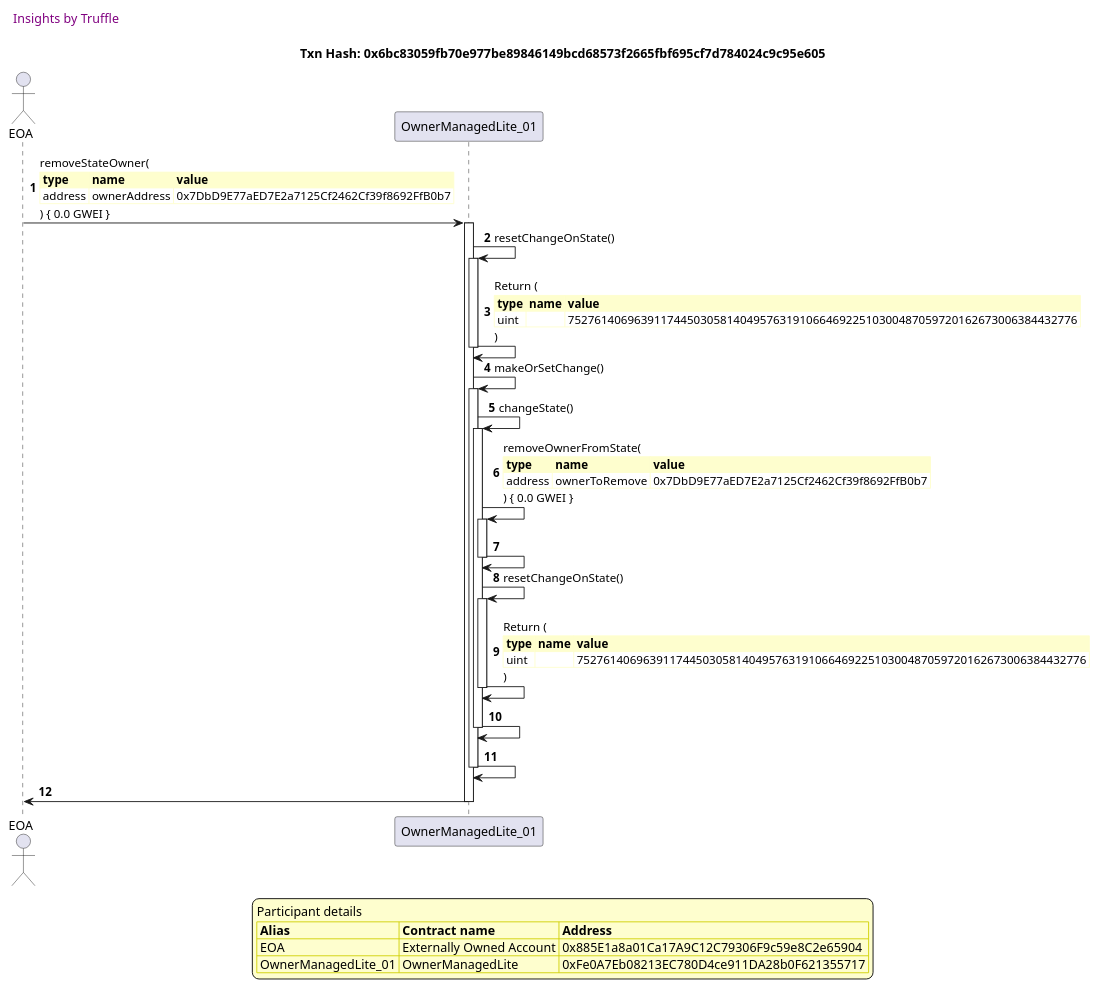
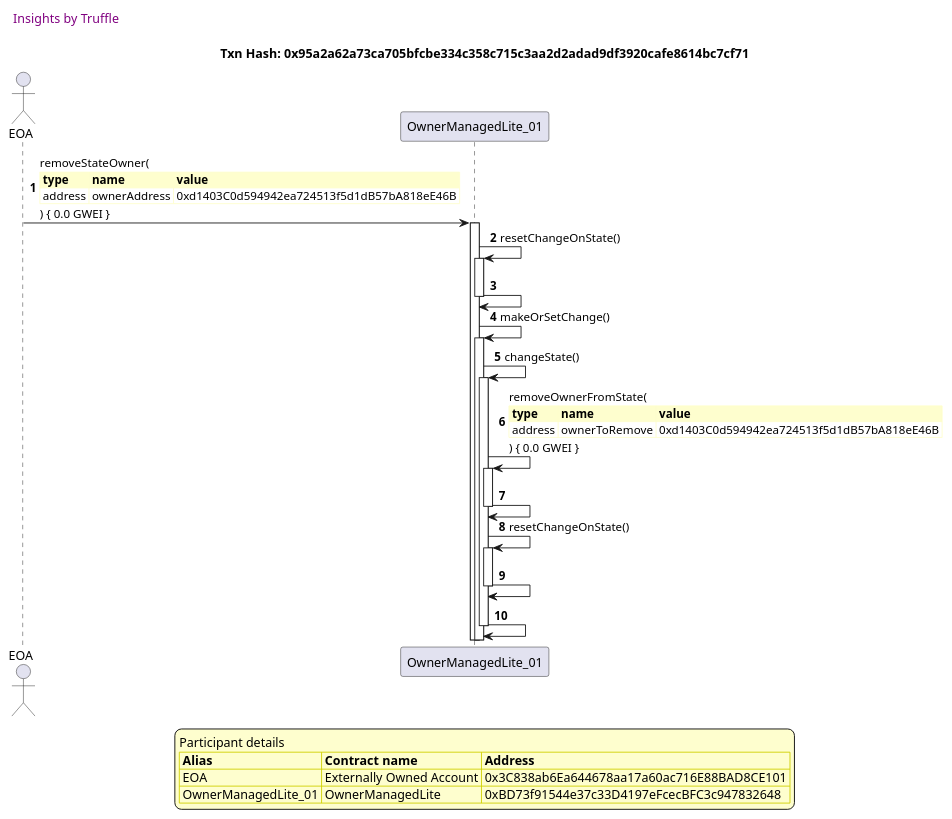
Before and after one commit to thedarkjester/ConsensysAssignment: diagram 16 of 49 in truffle-seq/OwnerManagedLite_test_remove_owner.md, drawn with PlantUML. The commit also changed other lines of this file and 13 other files, not shown here.

````diff
--- a/truffle-seq/OwnerManagedLite_test_remove_owner.md
+++ b/truffle-seq/OwnerManagedLite_test_remove_owner.md
@@ -737,59 +729,51 @@
 ```plantuml
 
 
 @startuml
 
 autonumber
 skinparam legendBackgroundColor #FEFECE
 
 <style>
       header {
         HorizontalAlignment left
         FontColor purple
         FontSize 14
         Padding 10
       }
     </style>
 
 header Insights by Truffle
 
-title Txn Hash: 0x6bc83059fb70e977be89846149bcd68573f2665fbf695cf7d784024c9c95e605
+title Txn Hash: 0x95a2a62a73ca705bfcbe334c358c715c3aa2d2adad9df3920cafe8614bc7cf71
 
 
 actor EOA as "EOA"
 participant OwnerManagedLite_01 as "OwnerManagedLite_01"
 
 "EOA" -> "OwnerManagedLite_01" ++: removeStateOwner(\n\
 <#FEFECE,#FEFECE>|= type |= name |= value |\n\
-| address | ownerAddress | 0x7DbD9E77aED7E2a7125Cf2462Cf39f8692FfB0b7 |\n\
+| address | ownerAddress | 0xd1403C0d594942ea724513f5d1dB57bA818eE46B |\n\
 ) { 0.0 GWEI }
 "OwnerManagedLite_01" -> "OwnerManagedLite_01" ++: resetChangeOnState()
-"OwnerManagedLite_01" -> "OwnerManagedLite_01" --: Return (\n\
-<#FEFECE,#FEFECE>|= type |= name |= value |\n\
-| uint |  | 75276140696391174450305814049576319106646922510300487059720162673006384432776 |\n\
-)
+"OwnerManagedLite_01" -> "OwnerManagedLite_01" --: 
 "OwnerManagedLite_01" -> "OwnerManagedLite_01" ++: makeOrSetChange()
 "OwnerManagedLite_01" -> "OwnerManagedLite_01" ++: changeState()
 "OwnerManagedLite_01" -> "OwnerManagedLite_01" ++: removeOwnerFromState(\n\
 <#FEFECE,#FEFECE>|= type |= name |= value |\n\
-| address | ownerToRemove | 0x7DbD9E77aED7E2a7125Cf2462Cf39f8692FfB0b7 |\n\
+| address | ownerToRemove | 0xd1403C0d594942ea724513f5d1dB57bA818eE46B |\n\
 ) { 0.0 GWEI }
 "OwnerManagedLite_01" -> "OwnerManagedLite_01" --: 
 "OwnerManagedLite_01" -> "OwnerManagedLite_01" ++: resetChangeOnState()
-"OwnerManagedLite_01" -> "OwnerManagedLite_01" --: Return (\n\
-<#FEFECE,#FEFECE>|= type |= name |= value |\n\
-| uint |  | 75276140696391174450305814049576319106646922510300487059720162673006384432776 |\n\
-)
 "OwnerManagedLite_01" -> "OwnerManagedLite_01" --: 
 "OwnerManagedLite_01" -> "OwnerManagedLite_01" --: 
-"OwnerManagedLite_01" -> "EOA" --: 
 
 legend
 Participant details
 <#FEFECE,#D0D000>|= Alias |= Contract name |= Address |
-<#FEFECE>| EOA | Externally Owned Account | 0x885E1a8a01Ca17A9C12C79306F9c59e8C2e65904 |
-<#FEFECE>| OwnerManagedLite_01 | OwnerManagedLite | 0xFe0A7Eb08213EC780D4ce911DA28b0F621355717 |
+<#FEFECE>| EOA | Externally Owned Account | 0x3C838ab6Ea644678aa17a60ac716E88BAD8CE101 |
+<#FEFECE>| OwnerManagedLite_01 | OwnerManagedLite | 0xBD73f91544e37c33D4197eFcecBFC3c947832648 |
 endlegend
 
 @enduml
 ```
````
